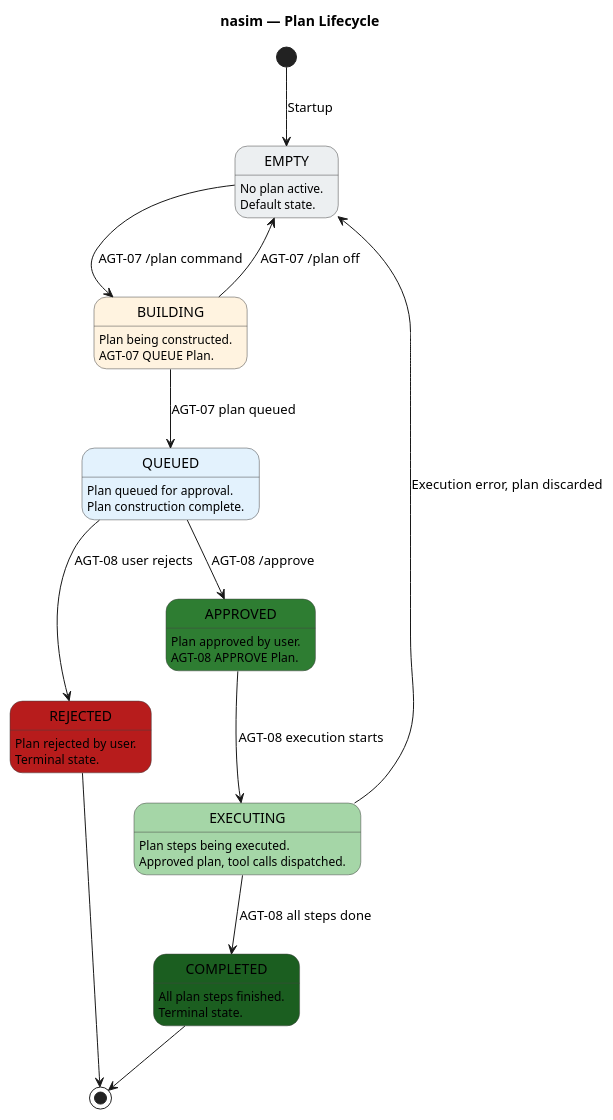
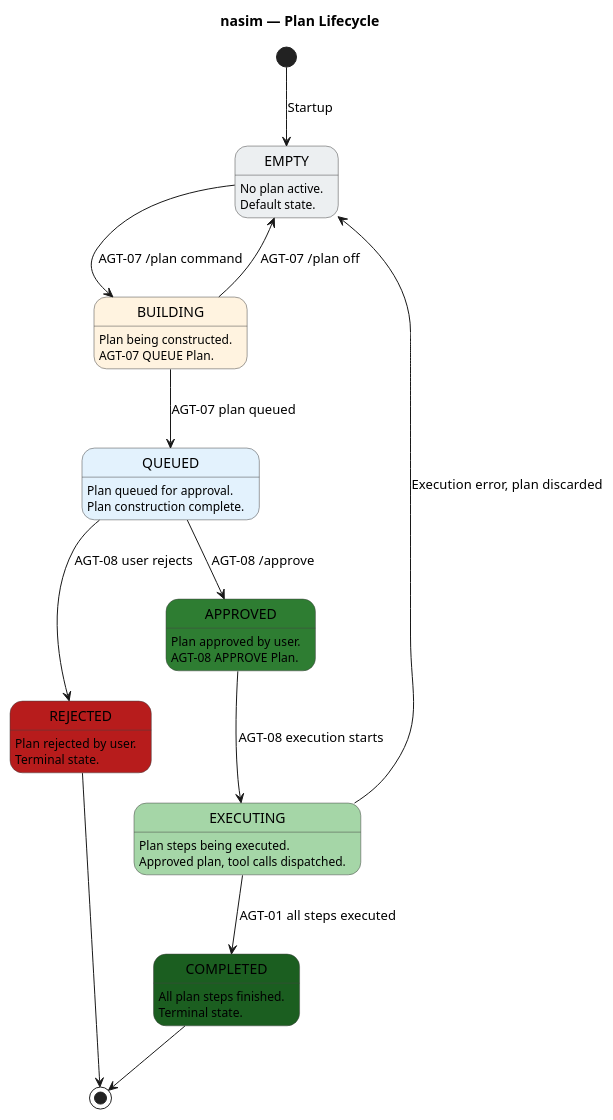
The fourth of 4 diagrams in SM.md (salimnamvar/nasim), drawn with PlantUML before and after one commit. The commit also changed other lines of this file and 10 other files, not shown here.

First line of the commit message:
docs: Refactor documentation and code structure for nasim architecture

```diff
--- a/SM.md
+++ b/SM.md
@@ -405,61 +405,61 @@
 @startuml sm_plan_lifecycle
 ' ============================================================
 ' Title:     nasim — Plan Lifecycle State Machine
 ' Boundary:  nasim code agent
 ' Purpose:   Entity lifecycle for Plan (persisted in PlanSession)
 ' Milestone: v1.0
 ' Version:   1.0.0
 ' Source:    docs/UC/README.md
 ' Review:    docs/audit/audit.2026.06.20.sq-sm-chain.car.md
 ' ============================================================
 
 title nasim — Plan Lifecycle
 
 skinparam state {
   BackgroundColor #FFFFFF
   BorderColor #424242
   FontColor #000000
 }
 
 [*] --> EMPTY : Startup
 
 state "EMPTY" as EMPTY #ECEFF1
 EMPTY : No plan active.
 EMPTY : Default state.
 
 state "BUILDING" as BUILDING #FFF3E0
 BUILDING : Plan being constructed.
 BUILDING : AGT-07 QUEUE Plan.
 
 state "QUEUED" as QUEUED #E3F2FD
 QUEUED : Plan queued for approval.
 QUEUED : Plan construction complete.
 
 state "APPROVED" as APPROVED #2E7D32
 APPROVED : Plan approved by user.
 APPROVED : AGT-08 APPROVE Plan.
 
 state "EXECUTING" as EXECUTING #A5D6A7
 EXECUTING : Plan steps being executed.
 EXECUTING : Approved plan, tool calls dispatched.
 
 state "COMPLETED" as COMPLETED #1B5E20
 COMPLETED : All plan steps finished.
 COMPLETED : Terminal state.
 
 state "REJECTED" as REJECTED #B71C1C
 REJECTED : Plan rejected by user.
 REJECTED : Terminal state.
 
 EMPTY --> BUILDING : AGT-07 /plan command
 BUILDING --> QUEUED : AGT-07 plan queued
 BUILDING --> EMPTY : AGT-07 /plan off
 QUEUED --> APPROVED : AGT-08 /approve
 QUEUED --> REJECTED : AGT-08 user rejects
 APPROVED --> EXECUTING : AGT-08 execution starts
-EXECUTING --> COMPLETED : AGT-08 all steps done
+EXECUTING --> COMPLETED : AGT-01 all steps executed
 EXECUTING --> EMPTY : Execution error, plan discarded
 COMPLETED --> [*]
 REJECTED --> [*]
 
 @enduml
```
